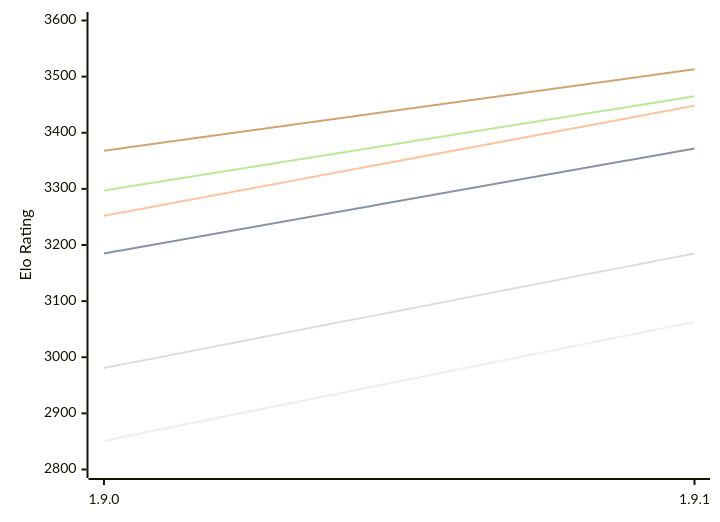
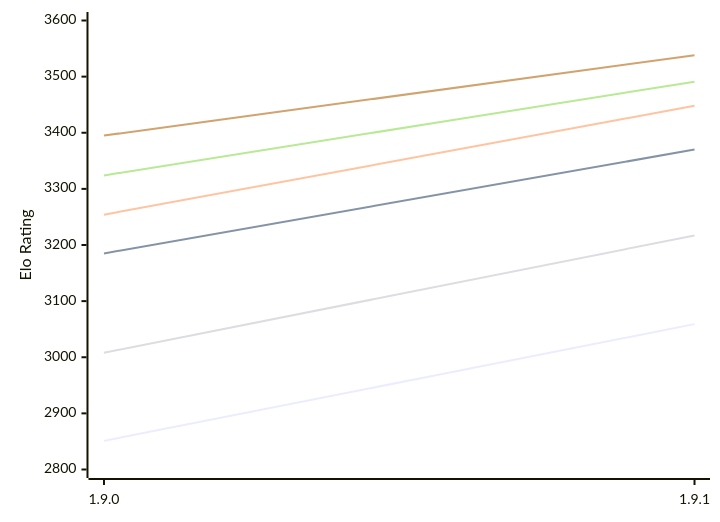
One commit to computer-chess-index/cci changed the diagram in engines/Superpawn.md. Above: the diagram before and after it, drawn with Mermaid. The commit also changed other lines of this file, not shown here.

Commit message:
Update CCI Ratings (ELO VLTC) - 2026-11-04

````diff
--- a/engines/Superpawn.md
+++ b/engines/Superpawn.md
@@ -49,12 +49,12 @@
 ```mermaid
 %%{init: {"theme":"base","themeVariables":{"seriesColors:['#a3a3a3','#222221','#faa371']}}}%%
 xychart-beta
   x-axis ["1.9.0", "1.9.1"]
   y-axis "Elo Rating" 2800 --> 3600
-  line "E1: STC (8.0+0.08s)" [2851, 3063]
-  line "E1: LTC (60.0+0.60s)" [3185, 3372]
-  line "E1: VLTC (2m24s+1.12s)" [3252, 3448]
-  line "P1: STC (8.0+0.08s)" [2981, 3185]
-  line "P1: LTC (60.0+0.60s)" [3297, 3465]
-  line "P1: VLTC (2m24s+1.12s)" [3368, 3513]
+  line "E1: STC (8.0+0.08s)" [2851, 3059]
+  line "E1: LTC (60.0+0.60s)" [3185, 3370]
+  line "E1: VLTC (2m24s+1.12s)" [3254, 3448]
+  line "P1: STC (8.0+0.08s)" [3008, 3217]
+  line "P1: LTC (60.0+0.60s)" [3324, 3491]
+  line "P1: VLTC (2m24s+1.12s)" [3395, 3538]
 ```
````
